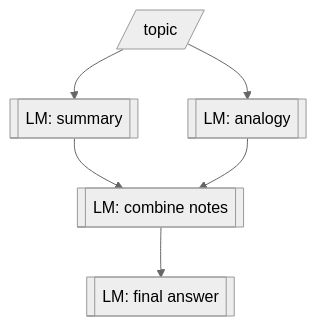
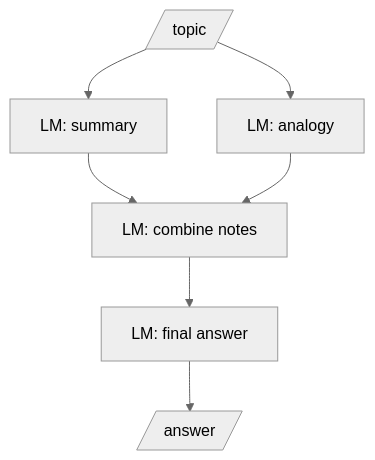
One commit to ASEM000/autoform changed the diagram in docs/recipes/concurrent-pipeline.md. Above: the diagram before and after it, drawn with Mermaid (neutral theme). The commit also changed 3 other files, not shown here.

Commit message:
docs: edit mermaid style

````diff
--- a/docs/recipes/concurrent-pipeline.md
+++ b/docs/recipes/concurrent-pipeline.md
@@ -54,8 +54,9 @@
 ```{mermaid}
 flowchart TD
-    topic[/topic/] --> summary[["LM: summary"]]
-    topic --> analogy[["LM: analogy"]]
-    summary --> join[["LM: combine notes"]]
+    topic[/topic/] --> summary["LM: summary"]
+    topic --> analogy["LM: analogy"]
+    summary --> join["LM: combine notes"]
     analogy --> join
-    join --> final[["LM: final answer"]]
+    join --> final["LM: final answer"]
+    final --> output[/answer/]
 ```
````
